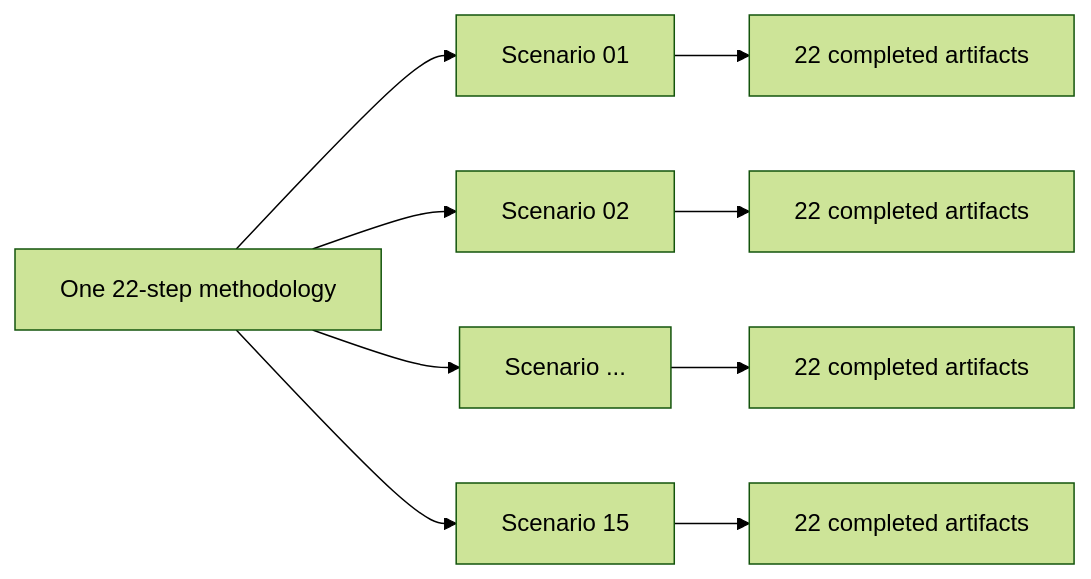
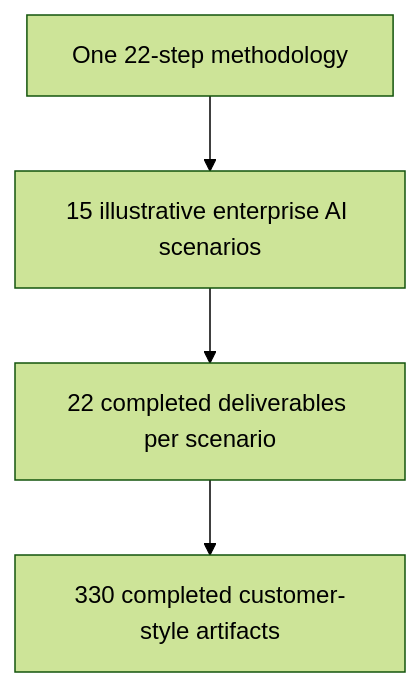
Before and after one commit to danvzla/ai-architecture-to-production: diagram 11 of 12 in README.md, drawn with Mermaid (forest theme). The commit also changed other lines of this file, not shown here.

````diff
--- a/README.md
+++ b/README.md
@@ -350,12 +328,9 @@
 ```mermaid
-flowchart LR
-    M["One 22-step methodology"] --> S1["Scenario 01"]
-    M --> S2["Scenario 02"]
-    M --> S3["Scenario ..."]
-    M --> S15["Scenario 15"]
+flowchart TD
+    M["One 22-step methodology"]
+    S["15 illustrative enterprise AI scenarios"]
+    A["22 completed deliverables per scenario"]
+    T["330 completed customer-style artifacts"]
 
-    S1 --> A1["22 completed artifacts"]
-    S2 --> A2["22 completed artifacts"]
-    S3 --> A3["22 completed artifacts"]
-    S15 --> A15["22 completed artifacts"]
+    M --> S --> A --> T
 ```
````
